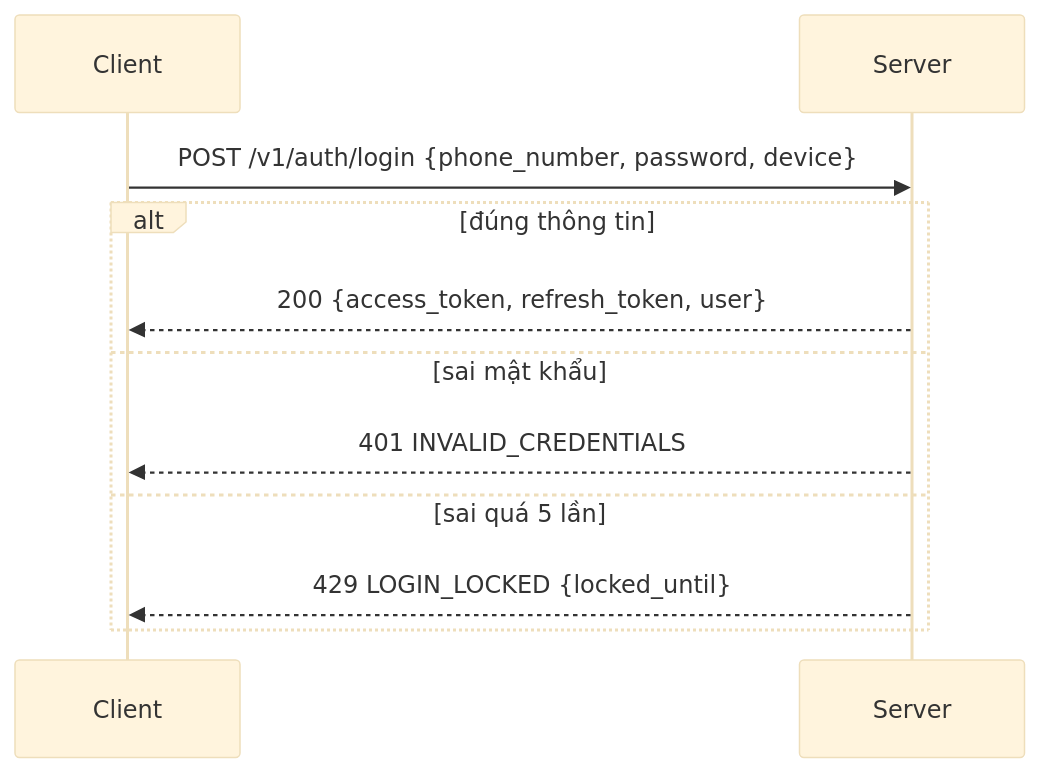
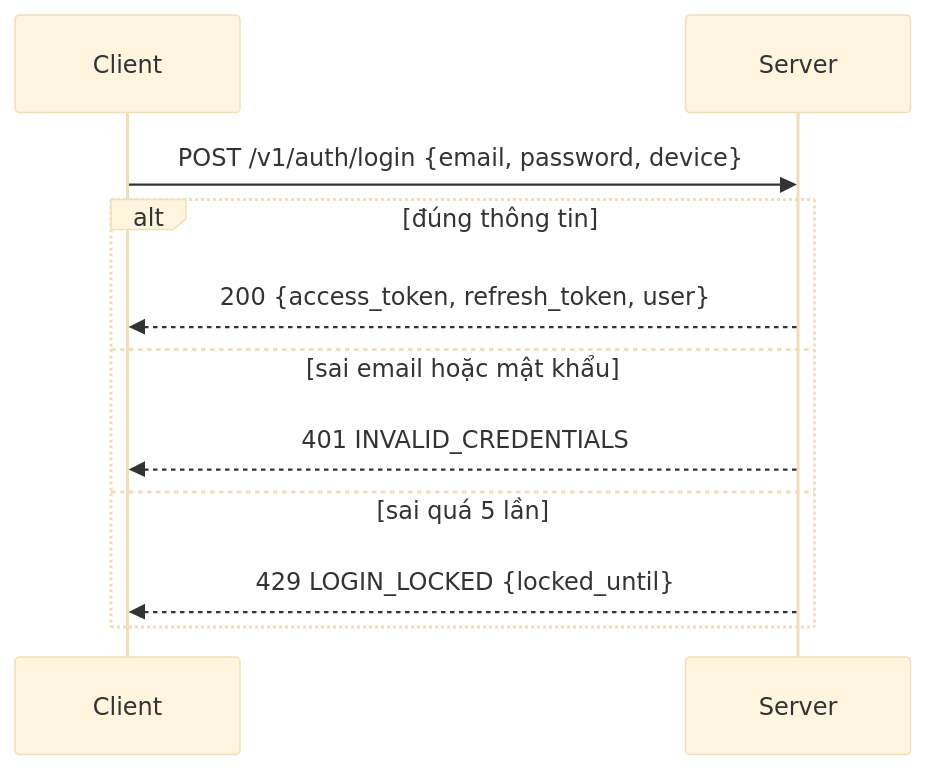
One commit to chjpcojit/innerlamp-be changed the second of 3 diagrams in web/docs/src/content/docs/guides/register-and-login.mdx. Above: the diagram before and after it, drawn with Mermaid (base theme). The commit also changed other lines of this file and 20 other files, not shown here.

First line of the commit message:
docs(api): OpenAPI + web/docs for email register, login v2 and password reset

````diff
--- a/web/docs/src/content/docs/guides/register-and-login.mdx
+++ b/web/docs/src/content/docs/guides/register-and-login.mdx
@@ -180,13 +199,13 @@
 ```mermaid
 sequenceDiagram
     participant C as Client
     participant S as Server
-    C->>S: POST /v1/auth/login {phone_number, password, device}
+    C->>S: POST /v1/auth/login {email, password, device}
     alt đúng thông tin
         S-->>C: 200 {access_token, refresh_token, user}
-    else sai mật khẩu
+    else sai email hoặc mật khẩu
         S-->>C: 401 INVALID_CREDENTIALS
     else sai quá 5 lần
         S-->>C: 429 LOGIN_LOCKED {locked_until}
     end
 ```
````
